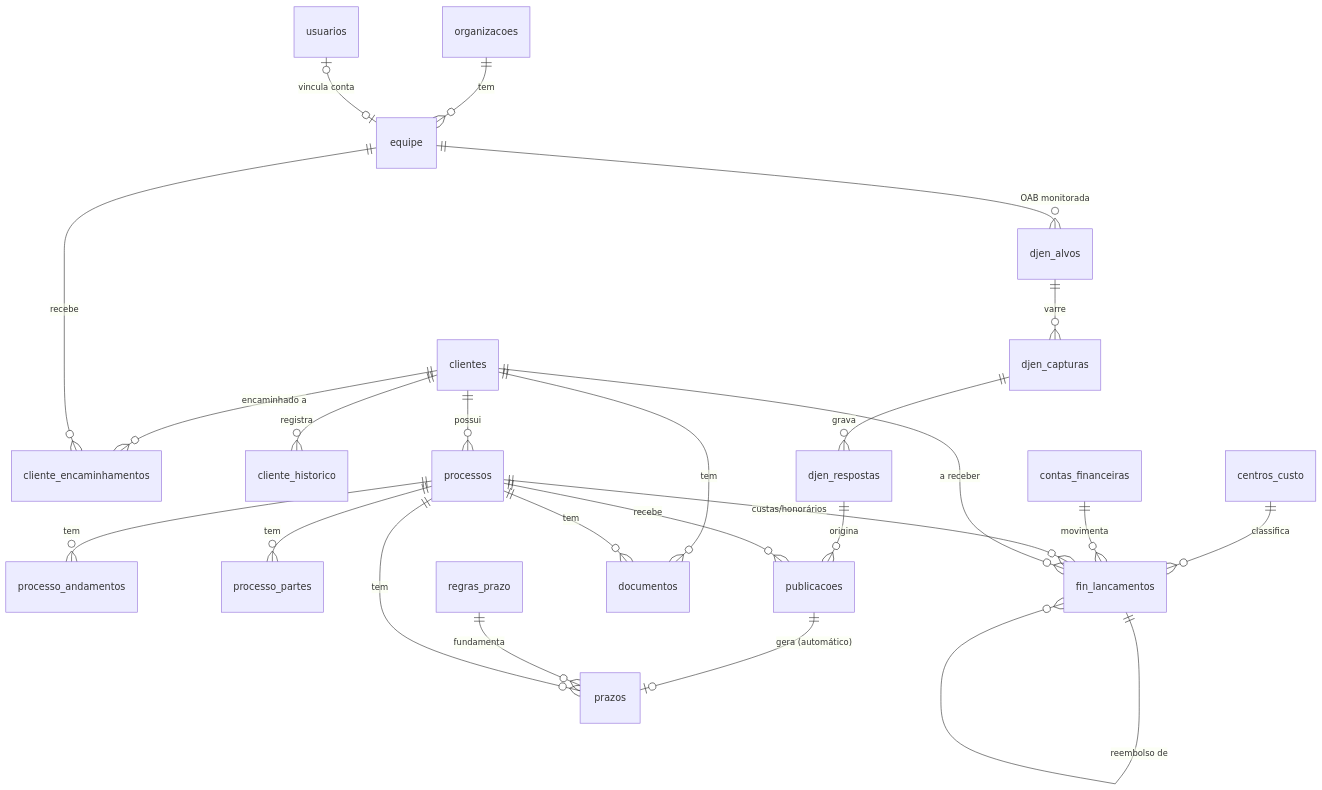
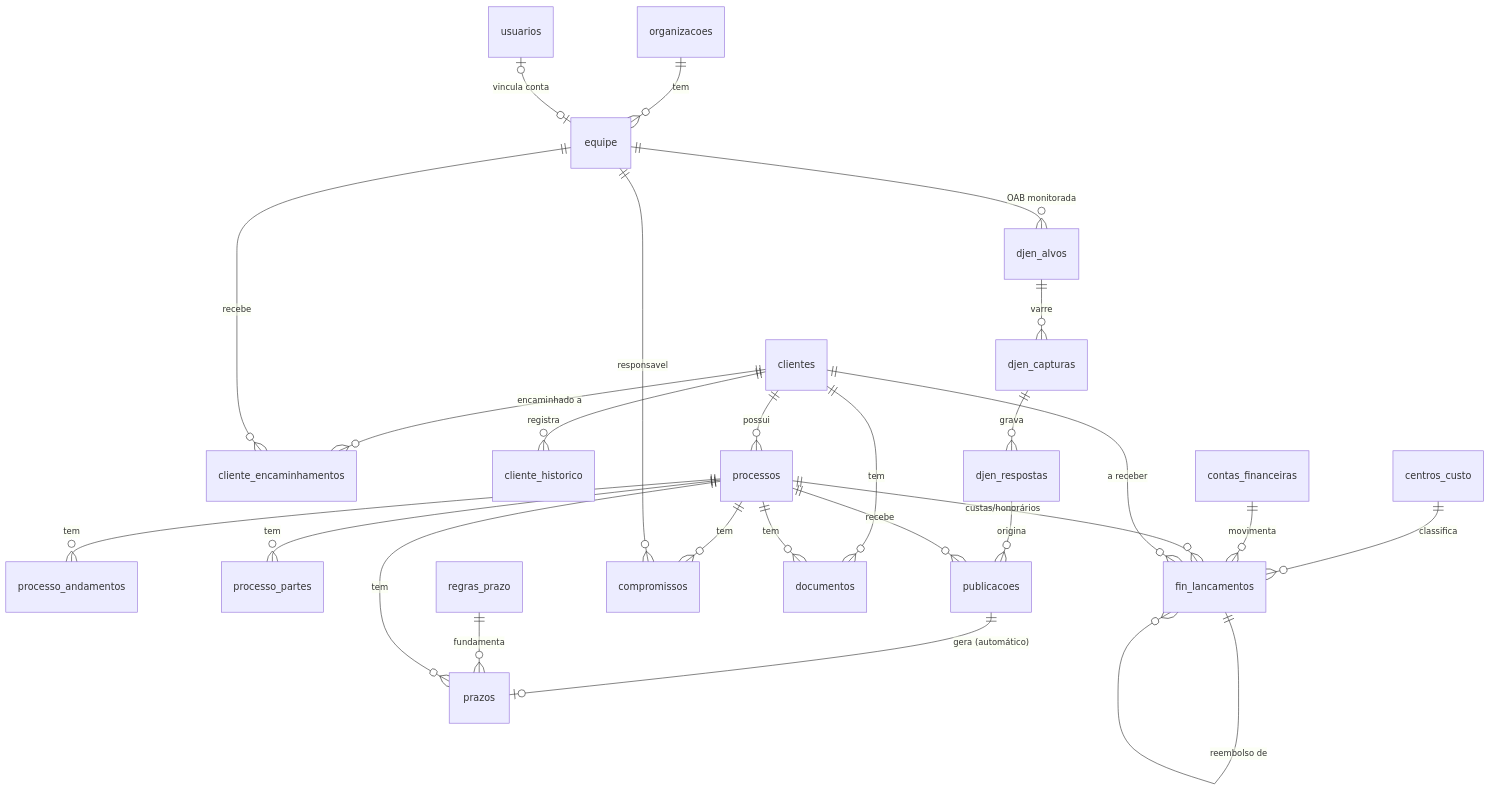
The diagram in docs/modelo-fisico.md (salle-13/gomes-sistema-juridico), drawn with Mermaid before and after one commit. The commit also changed other lines of this file and 9 other files, not shown here.

````diff
--- a/docs/modelo-fisico.md
+++ b/docs/modelo-fisico.md
@@ -27,26 +27,28 @@
 ```mermaid
 erDiagram
   organizacoes ||--o{ equipe : tem
   usuarios |o--o| equipe : "vincula conta"
   equipe ||--o{ djen_alvos : "OAB monitorada"
   clientes ||--o{ cliente_encaminhamentos : "encaminhado a"
   equipe ||--o{ cliente_encaminhamentos : recebe
   clientes ||--o{ cliente_historico : registra
   clientes ||--o{ processos : possui
   processos ||--o{ processo_andamentos : tem
   processos ||--o{ processo_partes : tem
   djen_alvos ||--o{ djen_capturas : varre
   djen_capturas ||--o{ djen_respostas : grava
   djen_respostas ||--o{ publicacoes : origina
   processos ||--o{ publicacoes : recebe
   publicacoes ||--o| prazos : "gera (automático)"
   regras_prazo ||--o{ prazos : fundamenta
   processos ||--o{ prazos : tem
+  processos ||--o{ compromissos : tem
+  equipe ||--o{ compromissos : responsavel
   clientes ||--o{ documentos : tem
   processos ||--o{ documentos : tem
   centros_custo ||--o{ fin_lancamentos : classifica
   contas_financeiras ||--o{ fin_lancamentos : movimenta
   processos ||--o{ fin_lancamentos : "custas/honorários"
   clientes ||--o{ fin_lancamentos : "a receber"
   fin_lancamentos ||--o{ fin_lancamentos : "reembolso de"
 ```
````
